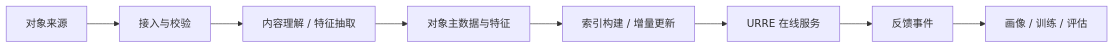
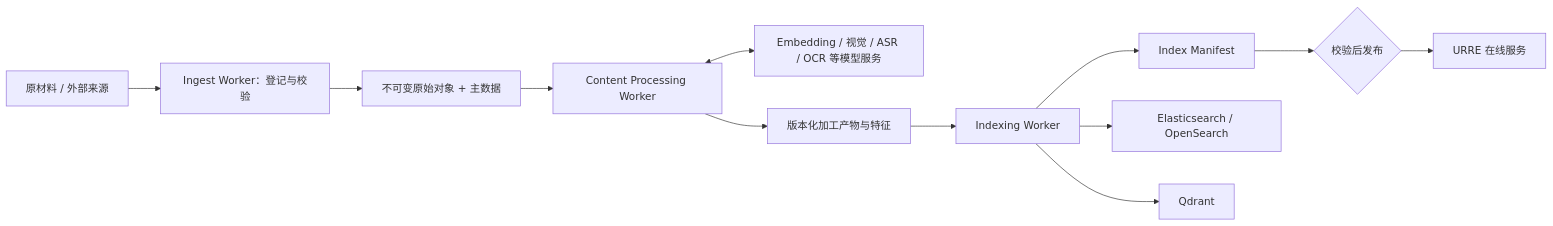
One commit to human-cosmos/search-rec-docs changed the third of 3 diagrams in 01_URRE架构设计.md. Above: the diagram before and after it, drawn with Mermaid. The commit also changed other lines of this file and 5 other files, not shown here.

````diff
--- a/01_URRE架构设计.md
+++ b/01_URRE架构设计.md
@@ -325,10 +332,14 @@
 ```mermaid
 flowchart LR
-  SOURCE[对象来源] --> INGEST[接入与校验]
-  INGEST --> UNDERSTAND[内容理解 / 特征抽取]
-  UNDERSTAND --> MASTER[对象主数据与特征]
-  MASTER --> BUILD[索引构建 / 增量更新]
-  BUILD --> SERVE[URRE 在线服务]
-  SERVE --> EVENTS[反馈事件]
-  EVENTS --> PROFILE[画像 / 训练 / 评估]
+  RAW[原材料 / 外部来源] --> INGEST[Ingest Worker：登记与校验]
+  INGEST --> RAWSTORE[不可变原始对象 + 主数据]
+  RAWSTORE --> PROCESS[Content Processing Worker]
+  PROCESS <--> MODEL[Embedding / 视觉 / ASR / OCR 等模型服务]
+  PROCESS --> ARTIFACT[版本化加工产物与特征]
+  ARTIFACT --> INDEXW[Indexing Worker]
+  INDEXW --> MANIFEST[Index Manifest]
+  INDEXW --> ES[Elasticsearch / OpenSearch]
+  INDEXW --> QDRANT[Qdrant]
+  MANIFEST --> ACTIVATE{校验后发布}
+  ACTIVATE --> URRE[URRE 在线服务]
 ```
````
